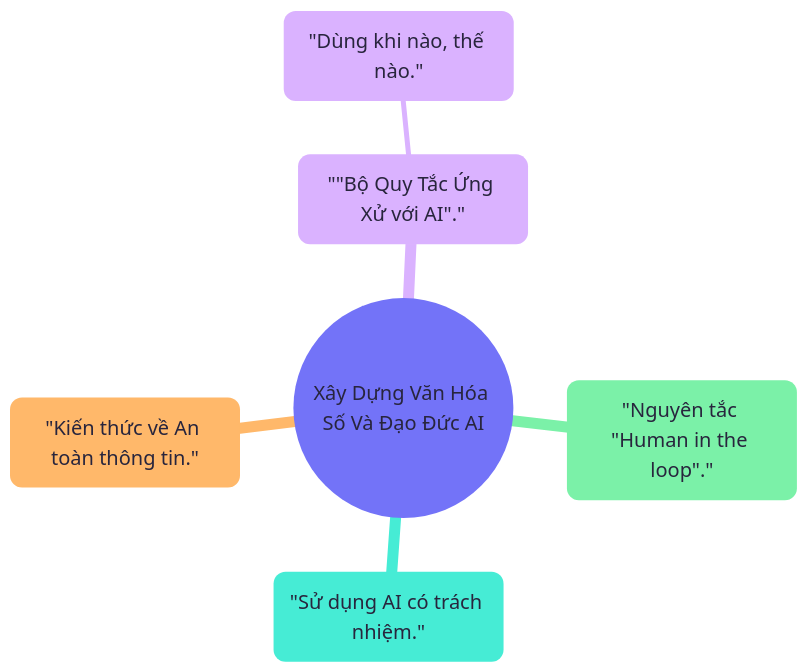
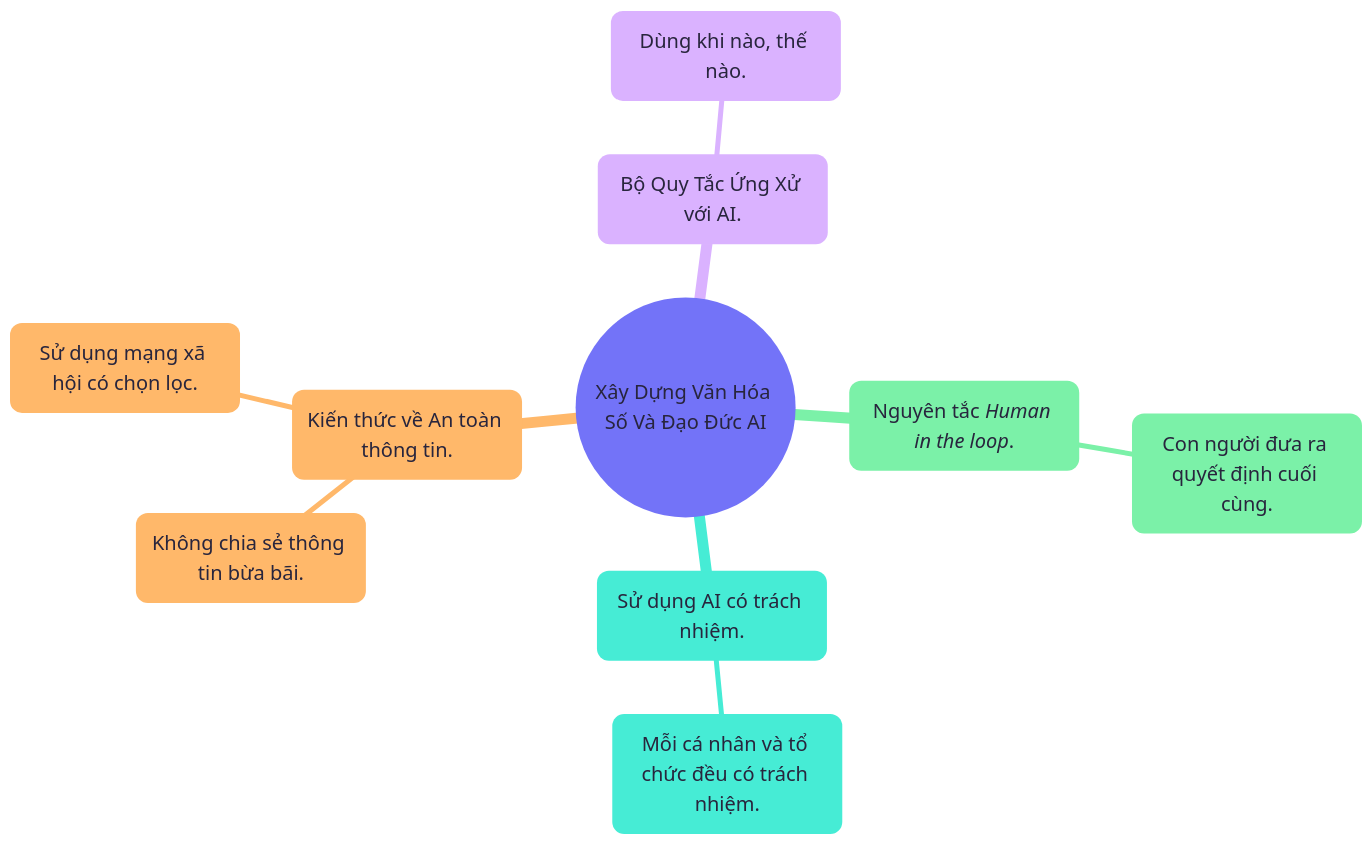
One commit to sam-uit/typst-report-template changed the diagram in content/diagrams/chapter05-xay-dung-van-hoa-so-va-dao-duc-ai.mmd. Above: the diagram before and after it, drawn with Mermaid. The commit also changed 2 other files, not shown here.

```diff
--- a/content/diagrams/chapter05-xay-dung-van-hoa-so-va-dao-duc-ai.mmd
+++ b/content/diagrams/chapter05-xay-dung-van-hoa-so-va-dao-duc-ai.mmd
@@ -1,14 +1,18 @@
 ---
 config:
   theme: redux-color
   themeVariables:
     fontFamily: Google Sans
     fontSize: 20px
 ---
 mindmap
   root(("Xây Dựng Văn Hóa Số Và Đạo Đức AI"))
-    "Sử dụng AI có trách nhiệm."
-    "Kiến thức về An toàn thông tin."
-    "#quot;Bộ Quy Tắc Ứng Xử với AI#quot;."
-        "Dùng khi nào, thế nào."
-    "Nguyên tắc #quot;Human in the loop#quot;."
+    Sử dụng AI có trách nhiệm.
+      Mỗi cá nhân và tổ chức đều có trách nhiệm.
+    Kiến thức về An toàn thông tin.
+      Không chia sẻ thông tin bừa bãi.
+      Sử dụng mạng xã hội có chọn lọc.
+    Bộ Quy Tắc Ứng Xử với AI.
+      Dùng khi nào, thế nào.
+    Nguyên tắc *Human in the loop*.
+      Con người đưa ra quyết định cuối cùng.
```
